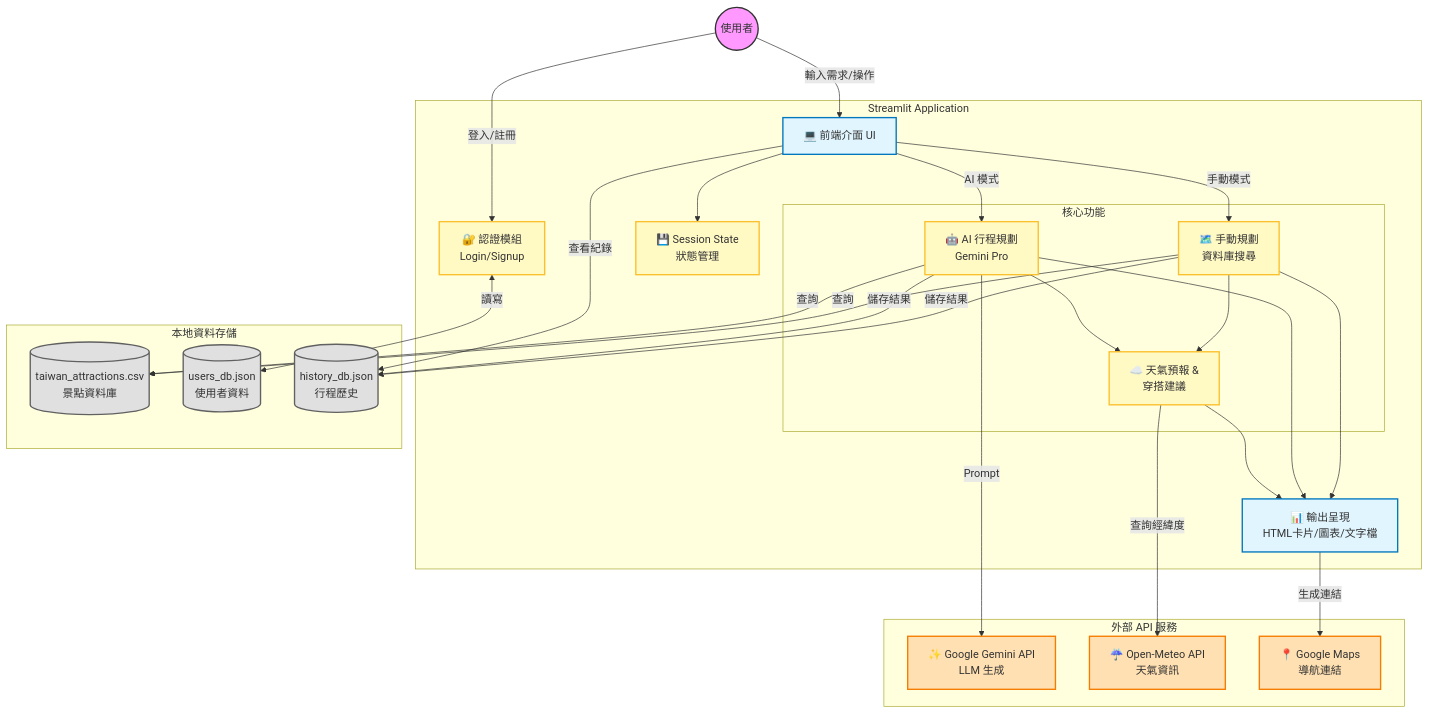
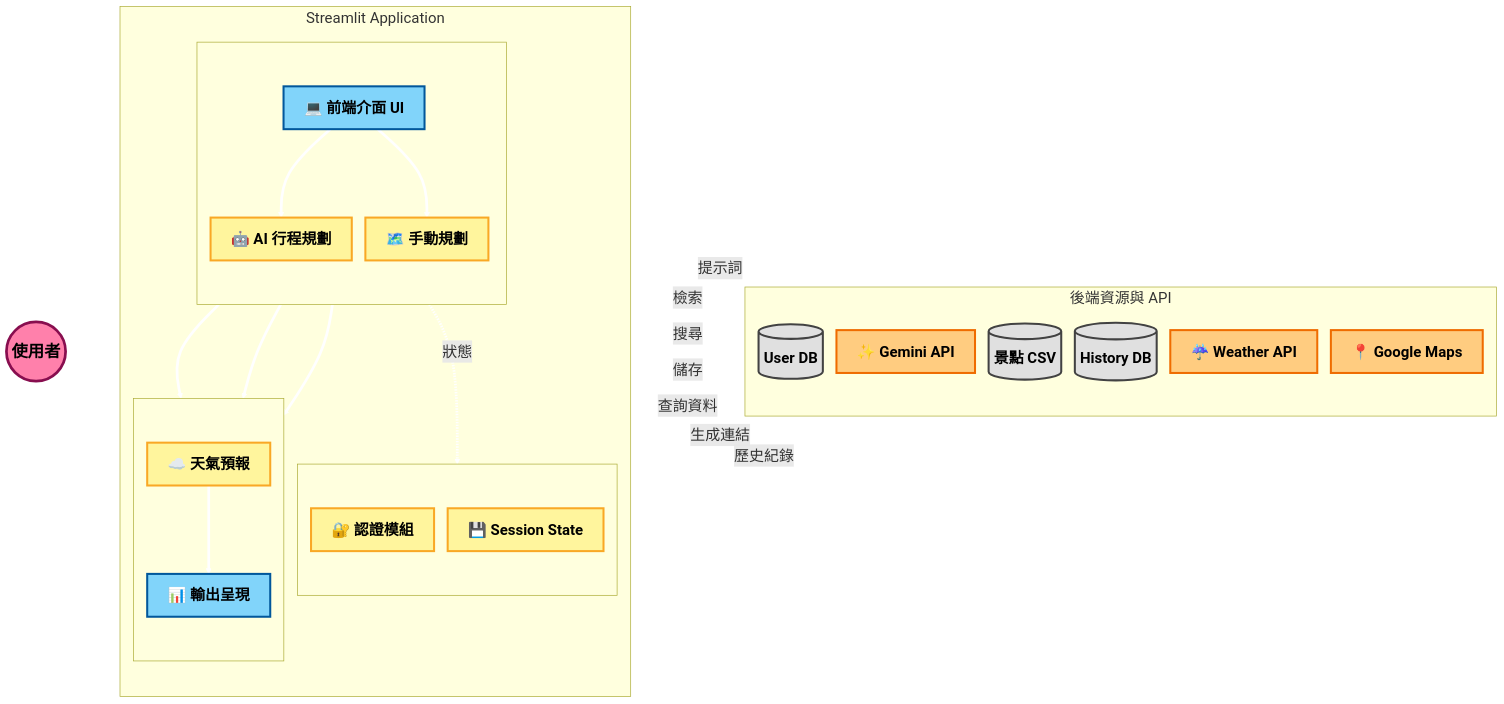
The third of 3 diagrams in Final.md (adams7718/Smart-tourism), drawn with Mermaid before and after one commit.

````diff
--- a/Final.md
+++ b/Final.md
@@ -84,67 +84,99 @@
 ```mermaid
-graph TD
-    %% 定義樣式
-    classDef user fill:#f9f,stroke:#333,stroke-width:2px;
-    classDef ui fill:#e1f5fe,stroke:#0277bd,stroke-width:2px;
-    classDef logic fill:#fff9c4,stroke:#fbc02d,stroke-width:2px;
-    classDef db fill:#e0e0e0,stroke:#616161,stroke-width:2px;
-    classDef api fill:#ffe0b2,stroke:#f57c00,stroke-width:2px;
+graph LR
+    %% 設定為由左至右 (LR)，這是最能減少交錯的佈局
+    %% 使用 basis 曲線讓線條平滑
+    %% 【修改處】新增 themeVariables 來放大連線文字字體 (fontSize: 22px)
+    %%{init: {'flowchart': {'curve': 'basis', 'rankSpacing': 80, 'nodeSpacing': 20}, 'themeVariables': {'fontSize': '22px'}}}%%
 
-    %% 節點定義
+    %% --- 樣式設定 (保留您喜歡的大字體與高對比色) ---
+    classDef user fill:#ff80ab,stroke:#880e4f,stroke-width:4px,color:#000,font-size:24px,font-weight:bold;
+    classDef ui fill:#81d4fa,stroke:#01579b,stroke-width:3px,color:#000,font-size:22px,font-weight:bold;
+    classDef logic fill:#fff59d,stroke:#f9a825,stroke-width:3px,color:#000,font-size:22px,font-weight:bold;
+    classDef db fill:#e0e0e0,stroke:#424242,stroke-width:3px,color:#000,font-size:22px,font-weight:bold;
+    classDef api fill:#ffcc80,stroke:#ef6c00,stroke-width:3px,color:#000,font-size:22px,font-weight:bold;
+
+    %% --- 節點佈局 (由左至右) ---
+
+    %% 1. 最左側：使用者
     User((使用者)):::user
-    
+
+    %% 2. 中間：應用程式 (分為上、中、下三層以對齊右側資源)
     subgraph Streamlit_App [Streamlit Application]
-        UI[💻 前端介面 UI]:::ui
-        Auth[🔐 認證模組<br/>Login/Signup]:::logic
-        Session[💾 Session State<br/>狀態管理]:::logic
+        direction TB
         
-        subgraph Core_Features [核心功能]
-            AI_Planner[🤖 AI 行程規劃<br/>Gemini Pro]:::logic
-            Manual_Planner[🗺️ 手動規劃<br/>資料庫搜尋]:::logic
-            Weather_Mod[☁️ 天氣預報 &<br/>穿搭建議]:::logic
+        %% 上層：認證
+        subgraph Top_Layer [ ]
+            direction TB
+            Auth[🔐 認證模組]:::logic
+            Session[💾 Session State]:::logic
         end
         
-        Output[📊 輸出呈現<br/>HTML卡片/圖表/文字檔]:::ui
+        %% 中層：核心操作
+        subgraph Middle_Layer [ ]
+            direction TB
+            UI[💻 前端介面 UI]:::ui
+            AI_Planner[🤖 AI 行程規劃]:::logic
+            Manual_Planner[🗺️ 手動規劃]:::logic
+        end
+
+        %% 下層：輸出處理
+        subgraph Bottom_Layer [ ]
+            direction TB
+            Weather_Mod[☁️ 天氣預報]:::logic
+            Output[📊 輸出呈現]:::ui
+        end
     end
 
-    subgraph Data_Storage [本地資料存儲]
-        CSV[(taiwan_attractions.csv<br/>景點資料庫)]:::db
-        UserDB[(users_db.json<br/>使用者資料)]:::db
-        HistDB[(history_db.json<br/>行程歷史)]:::db
+    %% 3. 最右側：資源 (資料庫與API混合排列，只為了對齊線條)
+    subgraph Resources [後端資源與 API]
+        direction TB
+        
+        %% 上層資源 (對應 Auth)
+        UserDB[(User DB)]:::db
+        
+        %% 中層資源 (對應 Planner)
+        GeminiAPI[✨ Gemini API]:::api
+        CSV[(景點 CSV)]:::db
+        HistDB[(History DB)]:::db
+        
+        %% 下層資源 (對應 Weather/Output)
+        OpenMeteo[☔ Weather API]:::api
+        GoogleMaps[📍 Google Maps]:::api
     end
 
-    subgraph External_Services [外部 API 服務]
-        GeminiAPI[✨ Google Gemini API<br/>LLM 生成]:::api
-        OpenMeteo[☔ Open-Meteo API<br/>天氣資訊]:::api
-        GoogleMaps[📍 Google Maps<br/>導航連結]:::api
-    end
+    %% --- 連線關係 (由上而下順序定義，確保平行) ---
 
-    %% 關係連線
-    User -->|登入/註冊| Auth
-    User -->|輸入需求/操作| UI
-    UI --> Session
+    %% 上層連線 (Login Flow)
+    User ==> Auth
+    Auth <==> UserDB
+    UI -.->|狀態| Session
+
+    %% 中層連線 (Core Flow)
+    User ==> UI
+    UI ==> AI_Planner
+    UI ==> Manual_Planner
     
-    Auth <-->|讀寫| UserDB
+    %% 核心邏輯對接右側資源 (盡量平行)
+    AI_Planner ==>|提示詞| GeminiAPI
+    AI_Planner ==>|檢索| CSV
+    Manual_Planner ==>|搜尋| CSV
+    AI_Planner ==>|儲存| HistDB
     
-    UI -->|AI 模式| AI_Planner
-    UI -->|手動模式| Manual_Planner
-    UI -->|查看紀錄| HistDB
+    %% 下層連線 (Output Flow)
+    AI_Planner ==> Weather_Mod
+    Manual_Planner ==> Weather_Mod
     
-    AI_Planner -->|Prompt| GeminiAPI
-    AI_Planner -->|查詢| CSV
-    Manual_Planner -->|查詢| CSV
+    Weather_Mod ==>|查詢資料| OpenMeteo
+    Weather_Mod ==> Output
     
-    AI_Planner -->|儲存結果| HistDB
-    Manual_Planner -->|儲存結果| HistDB
-    
-    AI_Planner --> Weather_Mod
-    Manual_Planner --> Weather_Mod
-    Weather_Mod -->|查詢經緯度| OpenMeteo
-    
-    Weather_Mod --> Output
-    AI_Planner --> Output
-    Manual_Planner --> Output
-    
-    Output -->|生成連結| GoogleMaps
+    Output ==>|生成連結| GoogleMaps
 
+    %% 補充連線 (跨層級)
+    UI ==>|歷史紀錄| HistDB
+    Manual_Planner ==> Output
+
+    %% 全域連線樣式：黑色、加粗(4px)
+    %% 注意：原本您的代碼是 stroke:#FFF (白色)，在白底會看不見。
+    %% 若您是深色背景請維持 #FFF，若在白底請改為 #000。
+    linkStyle default stroke:#FFF,stroke-width:4px;
 ```
````
